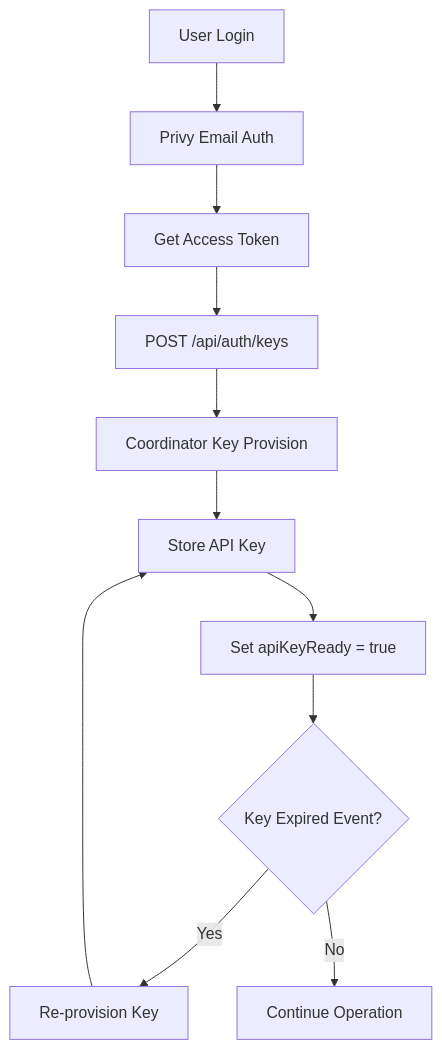
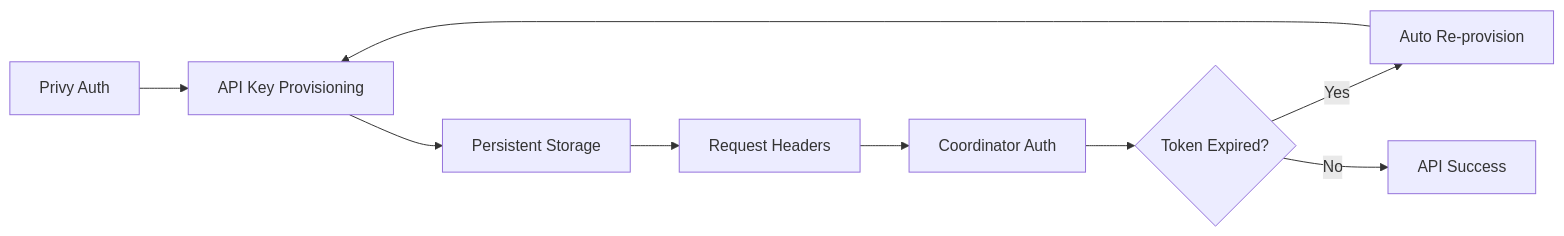
One commit to researchoors/knowledge-maintenance changed the second of 2 diagrams in artifacts/d-inference/service_analyses/web.md. Above: the diagram before and after it, drawn with Mermaid. The commit also changed other lines of this file and 22 other files, not shown here.

````diff
--- a/artifacts/d-inference/service_analyses/web.md
+++ b/artifacts/d-inference/service_analyses/web.md
@@ -107,13 +63,11 @@
 ```mermaid
-graph TD
-    A[User Login] --> B[Privy Email Auth]
-    B --> C[Get Access Token]
-    C --> D[POST /api/auth/keys]
-    D --> E[Coordinator Key Provision]
-    E --> F[Store API Key]
-    F --> G[Set apiKeyReady = true]
-    G --> H{Key Expired Event?}
-    H -->|Yes| I[Re-provision Key]
-    I --> F
-    H -->|No| J[Continue Operation]
+graph LR
+    A[Privy Auth] --> B[API Key Provisioning]
+    B --> C[Persistent Storage]
+    C --> D[Request Headers]
+    D --> E[Coordinator Auth]
+    E --> F{Token Expired?}
+    F -->|Yes| G[Auto Re-provision]
+    F -->|No| H[API Success]
+    G --> B
 ```
````
